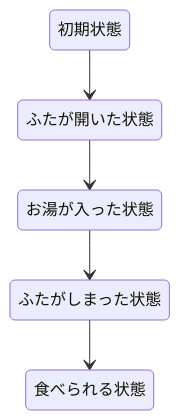
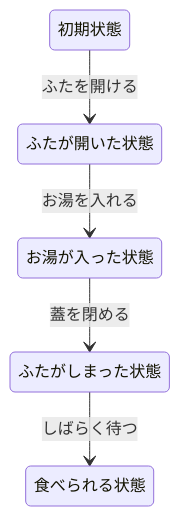
One commit to rrr-bit00/kougi changed the diagram in zugagijutu/第4回/kougi.md. Above: the diagram before and after it, drawn with Mermaid.

````diff
--- a/zugagijutu/第4回/kougi.md
+++ b/zugagijutu/第4回/kougi.md
@@ -1,16 +1,16 @@
 ```mermaid
 
 stateDiagram-v2
 %%  direction LR
     direction TB
     s1 : 初期状態
     s2 : ふたが開いた状態
     s3 : お湯が入った状態
     s4 : ふたがしまった状態
     s5 : 食べられる状態
 
-    s1 --> s2
-    s2 --> s3
-    s3 --> s4
-    s4 --> s5
+    s1 --> s2 : ふたを開ける
+    s2 --> s3 : お湯を入れる
+    s3 --> s4 : 蓋を閉める
+    s4 --> s5 : しばらく待つ
 ```
````
